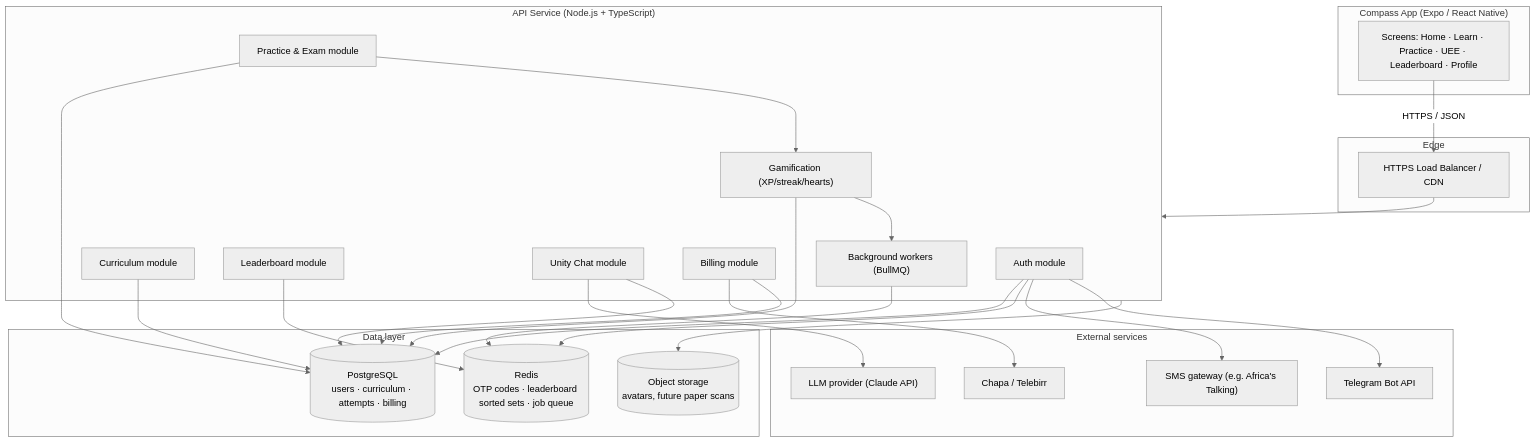
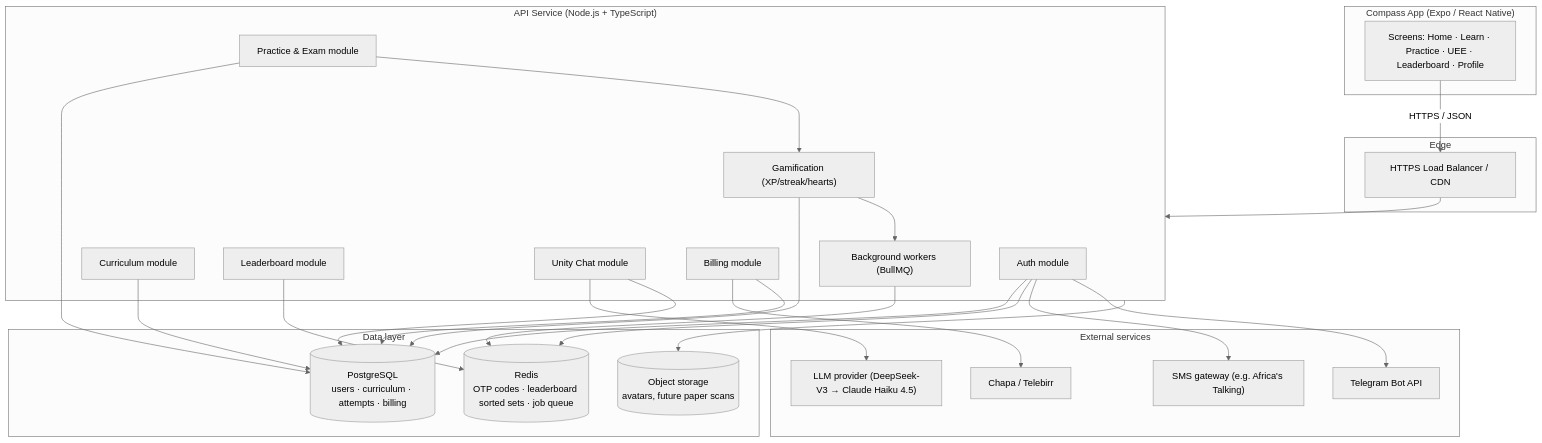
One commit to Haileyesus42/uee changed the first of 3 diagrams in docs/backend-architecture.md. Above: the diagram before and after it, drawn with Mermaid (neutral theme). The commit also changed other lines of this file and 77 other files, not shown here.

````diff
--- a/docs/backend-architecture.md
+++ b/docs/backend-architecture.md
@@ -25,52 +25,52 @@
 ```mermaid
 flowchart TB
     subgraph Client["Compass App (Expo / React Native)"]
         RN["Screens: Home · Learn · Practice · UEE · Leaderboard · Profile"]
     end
 
     subgraph Edge["Edge"]
         LB["HTTPS Load Balancer / CDN"]
     end
 
     subgraph API["API Service (Node.js + TypeScript)"]
         AUTH["Auth module"]
         CURR["Curriculum module"]
         QUIZ["Practice & Exam module"]
         LB_MOD["Leaderboard module"]
         GAM["Gamification (XP/streak/hearts)"]
         CHAT["Unity Chat module"]
         BILL["Billing module"]
         JOBS["Background workers (BullMQ)"]
     end
 
     subgraph Data["Data layer"]
         PG[("PostgreSQL\nusers · curriculum · attempts · billing")]
         REDIS[("Redis\nOTP codes · leaderboard sorted sets · job queue")]
         S3[("Object storage\navatars, future paper scans")]
     end
 
     subgraph External["External services"]
         SMS["SMS gateway (e.g. Africa's Talking)"]
         TG["Telegram Bot API"]
         PAY["Chapa / Telebirr"]
-        LLM["LLM provider (Claude API)"]
+        LLM["LLM provider (DeepSeek-V3 → Claude Haiku 4.5)"]
     end
 
     RN -->|HTTPS / JSON| LB --> API
     AUTH --> PG
     AUTH --> REDIS
     AUTH --> SMS
     AUTH --> TG
     CURR --> PG
     QUIZ --> PG
     QUIZ --> GAM
     LB_MOD --> REDIS
     GAM --> PG
     GAM --> JOBS
     CHAT --> LLM
     CHAT --> PG
     BILL --> PAY
     BILL --> PG
     JOBS --> REDIS
     API --> S3
 ```
````
